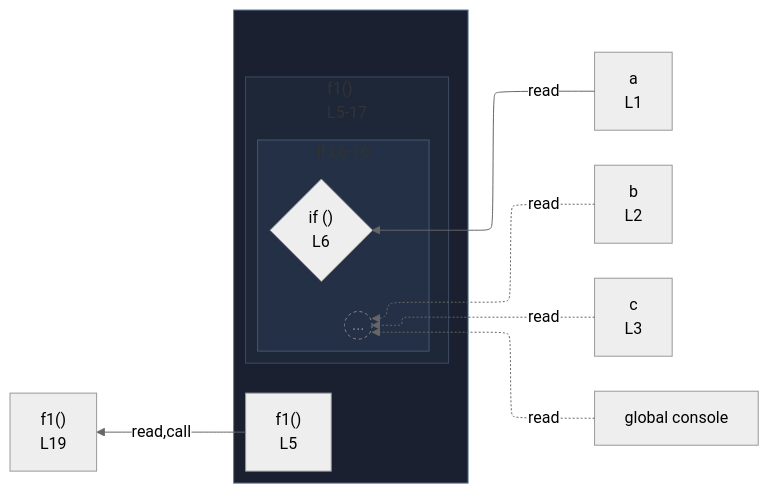
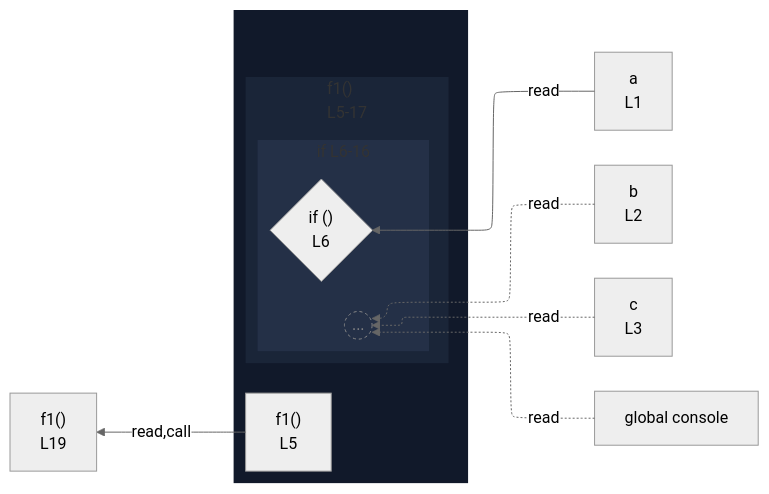
One commit to crescware/unsnarl changed the diagram in integration/fixtures/app-behavior/depth/function-and-block/depth-fn10-block1/preview.md. Above: the diagram before and after it, drawn with Mermaid (neutral theme). The commit also changed 263 other files, not shown here.

First line of the commit message:
Drop fnWrap class and color function wrappers via the nest palette

````diff
--- a/integration/fixtures/app-behavior/depth/function-and-block/depth-fn10-block1/preview.md
+++ b/integration/fixtures/app-behavior/depth/function-and-block/depth-fn10-block1/preview.md
@@ -35,34 +35,34 @@
 ```mermaid
 %%{init: {"flowchart": {"defaultRenderer": "elk"}}}%%
 flowchart RL
   n_scope_0_a_6["a<br/>L1"]
   n_scope_0_b_22["b<br/>L2"]
   n_scope_0_c_38["c<br/>L3"]
   n_scope_0_console_161["global console"]
   subgraph wrap_s_scope_1[" "]
     direction TB
     n_scope_0_f1_58["f1()<br/>L5"]
     subgraph s_scope_1["f1()<br/>L5-17"]
       direction RL
       subgraph s_scope_2["if L6-16"]
         direction RL
         if_test_scope_1_67{"if ()<br/>L6"}
         beyond_depth_s_scope_2((...))
       end
     end
   end
   n_scope_0_a_6 -->|read| if_test_scope_1_67
   n_scope_0_b_22 -.->|read| beyond_depth_s_scope_2
   n_scope_0_c_38 -.->|read| beyond_depth_s_scope_2
   n_scope_0_console_161 -.->|read| beyond_depth_s_scope_2
   n_scope_0_f1_58 -->|read,call| expr_stmt_220
   expr_stmt_220["f1()<br/>L19"]
-  classDef fnWrap fill:#1a2030,stroke:#5a7d99;
-  class wrap_s_scope_1 fnWrap;
   classDef boundaryStub fill:transparent,stroke:#888,stroke-dasharray:3 3,color:#888;
   class beyond_depth_s_scope_2 boundaryStub;
-  classDef nestL1 fill:#1e2738,stroke:#3d4a63;
-  class s_scope_1 nestL1;
-  classDef nestL2 fill:#233045,stroke:#475670;
-  class s_scope_2 nestL2;
+  classDef nestL1 fill:#11192a,stroke:transparent;
+  class wrap_s_scope_1 nestL1;
+  classDef nestL2 fill:#1a2538,stroke:transparent;
+  class s_scope_1 nestL2;
+  classDef nestL3 fill:#243047,stroke:transparent;
+  class s_scope_2 nestL3;
 ```
````
